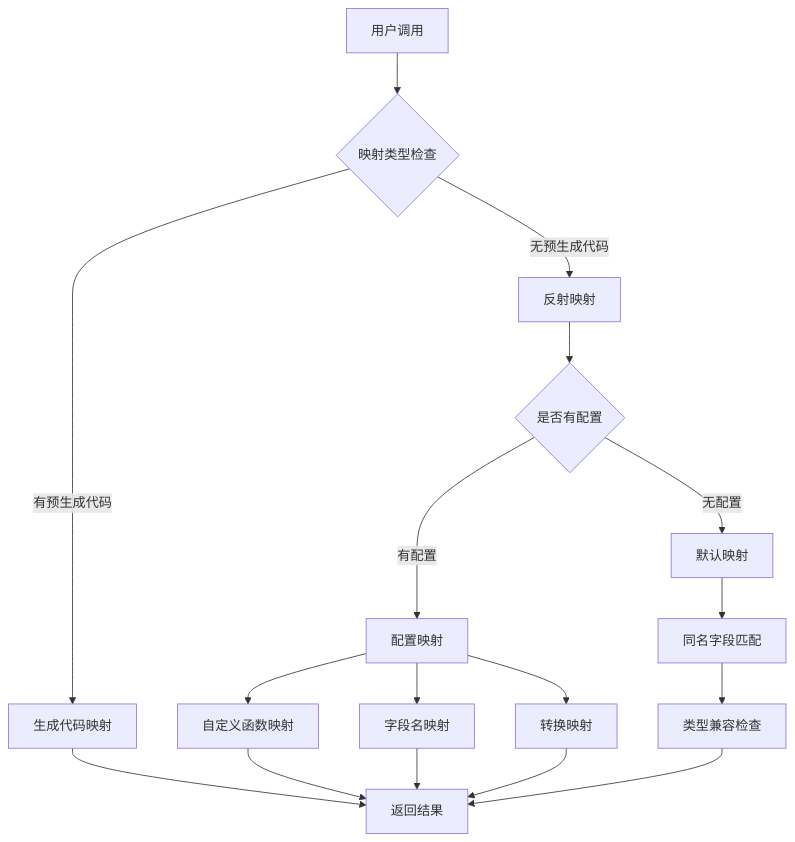
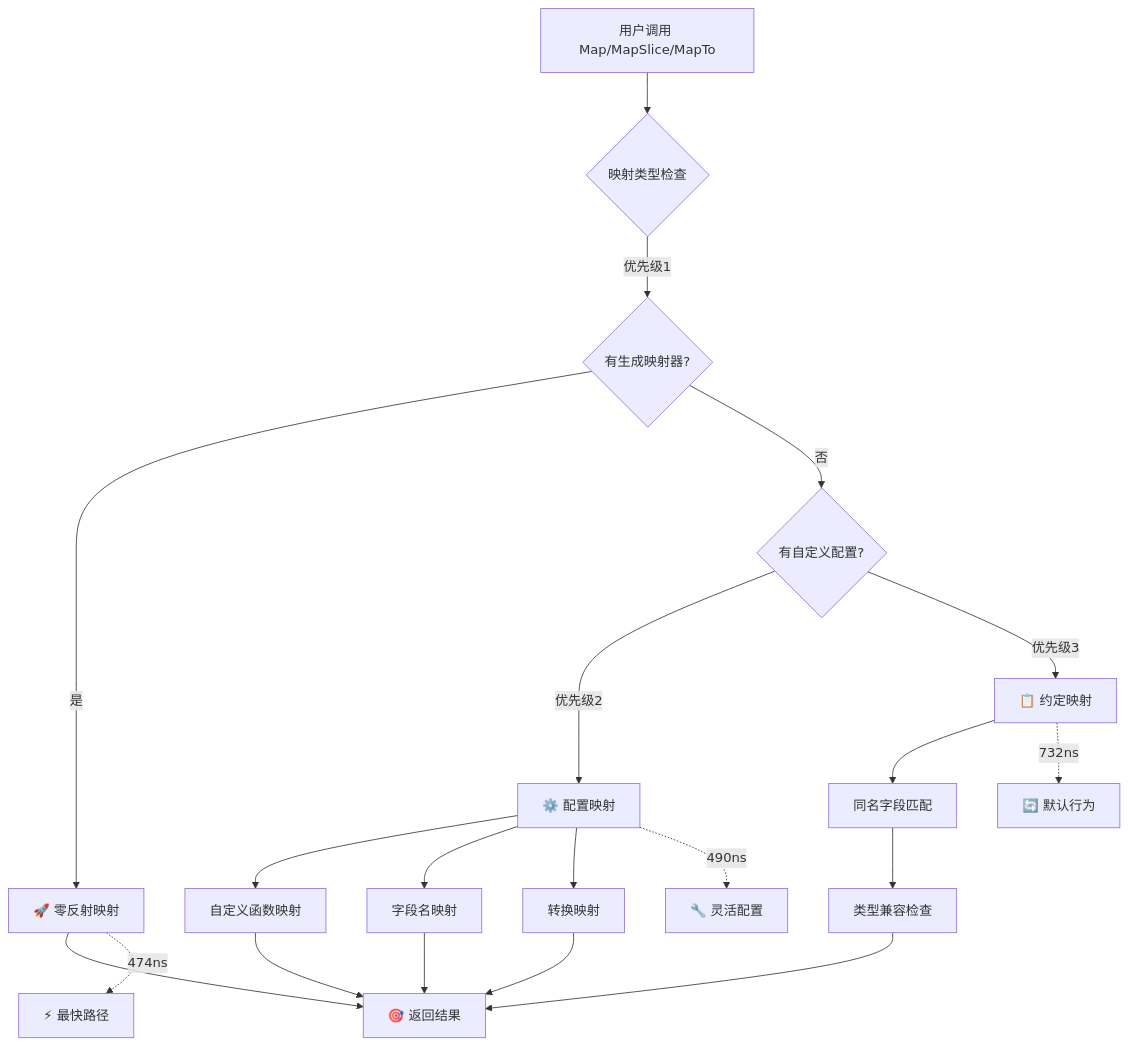
The first of 15 diagrams in PROJECT_SUMMARY.md (deferz/go-mapster), drawn with Mermaid before and after one commit. The commit also changed other lines of this file and 8 other files, not shown here.

First line of the commit message:
Enhance zero-reflection code generation and performance benchmarks

````diff
--- a/PROJECT_SUMMARY.md
+++ b/PROJECT_SUMMARY.md
@@ -11,23 +11,28 @@
 ```mermaid
 graph TB
-    UserCall[用户调用] --> TypeCheck{映射类型检查}
-    TypeCheck -->|有预生成代码| GeneratedMapping[生成代码映射]
-    TypeCheck -->|无预生成代码| ReflectionMapping[反射映射]
+    UserCall[用户调用 Map/MapSlice/MapTo] --> TypeCheck{映射类型检查}
+    TypeCheck -->|优先级1| GeneratedMapperCheck{有生成映射器?}
+    GeneratedMapperCheck -->|是| ZeroReflectionMapping[🚀 零反射映射]
+    GeneratedMapperCheck -->|否| ConfigCheck{有自定义配置?}
     
-    ReflectionMapping --> ConfigCheck{是否有配置}
-    ConfigCheck -->|有配置| ConfigBasedMapping[配置映射]
-    ConfigCheck -->|无配置| DefaultMapping[默认映射]
+    ConfigCheck -->|优先级2| CustomConfigMapping[⚙️ 配置映射]
+    ConfigCheck -->|优先级3| ConventionMapping[📋 约定映射]
     
-    ConfigBasedMapping --> CustomFuncMapping[自定义函数映射]
-    ConfigBasedMapping --> FieldNameMapping[字段名映射]
-    ConfigBasedMapping --> TransformMapping[转换映射]
+    CustomConfigMapping --> CustomFuncMapping[自定义函数映射]
+    CustomConfigMapping --> FieldNameMapping[字段名映射]
+    CustomConfigMapping --> TransformMapping[转换映射]
     
-    DefaultMapping --> SameNameFieldMatching[同名字段匹配]
+    ConventionMapping --> SameNameFieldMatching[同名字段匹配]
     SameNameFieldMatching --> TypeCompatibilityCheck[类型兼容检查]
     
-    GeneratedMapping --> ReturnResult[返回结果]
+    ZeroReflectionMapping --> ReturnResult[🎯 返回结果]
     CustomFuncMapping --> ReturnResult
     FieldNameMapping --> ReturnResult
     TransformMapping --> ReturnResult
     TypeCompatibilityCheck --> ReturnResult
+    
+    %% 性能标注
+    ZeroReflectionMapping -.->|474ns| PerformanceNote1[⚡ 最快路径]
+    CustomConfigMapping -.->|490ns| PerformanceNote2[🔧 灵活配置]
+    ConventionMapping -.->|732ns| PerformanceNote3[🔄 默认行为]
 ```
````
